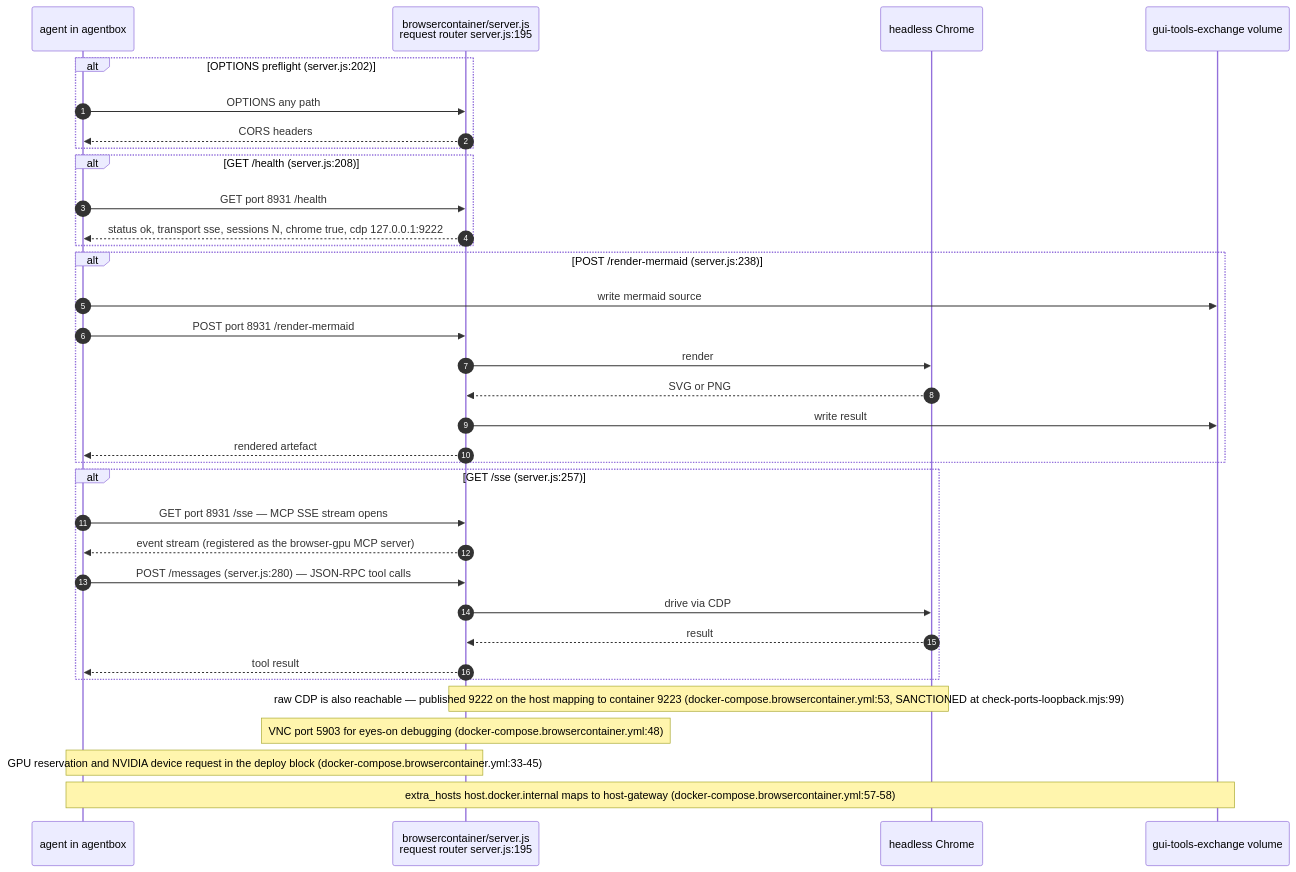
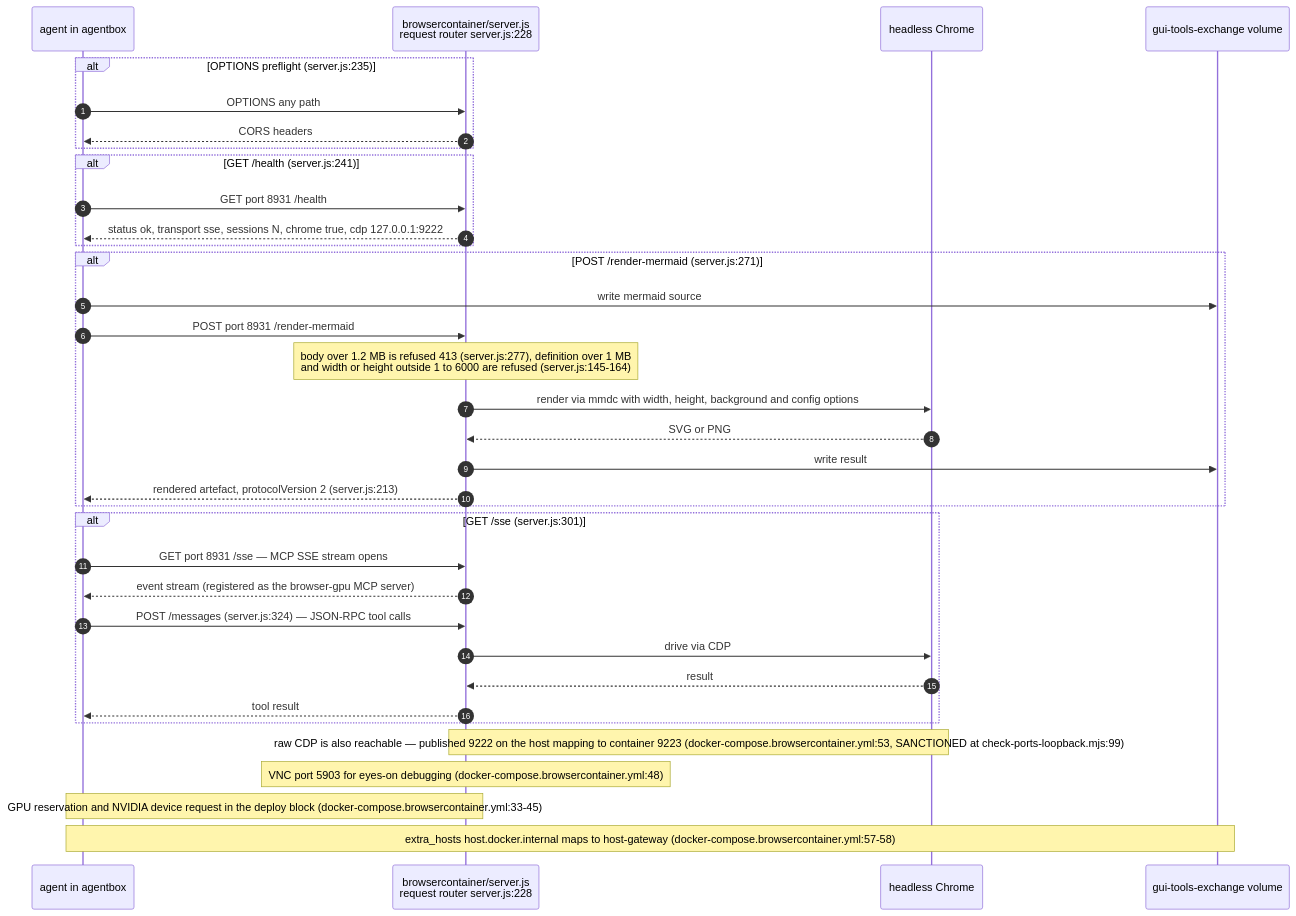
Before and after one commit to DreamLab-AI/VisionFlow: the fourth of 14 diagrams in docs/diagrams/agentbox/06-sidecars-and-compose-overlays.md, drawn with Mermaid. The commit also changed other lines of this file and 160 other files, not shown here.

````diff
--- a/docs/diagrams/agentbox/06-sidecars-and-compose-overlays.md
+++ b/docs/diagrams/agentbox/06-sidecars-and-compose-overlays.md
@@ -126,37 +129,38 @@
 ```mermaid
 sequenceDiagram
     autonumber
     participant A as agent in agentbox
-    participant S as browsercontainer/server.js<br/>request router server.js:195
+    participant S as browsercontainer/server.js<br/>request router server.js:228
     participant CH as headless Chrome
     participant V as gui-tools-exchange volume
 
-    alt OPTIONS preflight (server.js:202)
+    alt OPTIONS preflight (server.js:235)
         A->>S: OPTIONS any path
         S-->>A: CORS headers
     end
-    alt GET /health (server.js:208)
+    alt GET /health (server.js:241)
         A->>S: GET port 8931 /health
         S-->>A: status ok, transport sse, sessions N, chrome true, cdp 127.0.0.1:9222
     end
-    alt POST /render-mermaid (server.js:238)
+    alt POST /render-mermaid (server.js:271)
         A->>V: write mermaid source
         A->>S: POST port 8931 /render-mermaid
-        S->>CH: render
+        Note over S: body over 1.2 MB is refused 413 (server.js:277), definition over 1 MB<br/>and width or height outside 1 to 6000 are refused (server.js:145-164)
+        S->>CH: render via mmdc with width, height, background and config options
         CH-->>S: SVG or PNG
         S->>V: write result
-        S-->>A: rendered artefact
+        S-->>A: rendered artefact, protocolVersion 2 (server.js:213)
     end
-    alt GET /sse (server.js:257)
+    alt GET /sse (server.js:301)
         A->>S: GET port 8931 /sse — MCP SSE stream opens
         S-->>A: event stream (registered as the browser-gpu MCP server)
-        A->>S: POST /messages (server.js:280) — JSON-RPC tool calls
+        A->>S: POST /messages (server.js:324) — JSON-RPC tool calls
         S->>CH: drive via CDP
         CH-->>S: result
         S-->>A: tool result
     end
     Note over S,CH: raw CDP is also reachable — published 9222 on the host mapping to container 9223 (docker-compose.browsercontainer.yml:53, SANCTIONED at check-ports-loopback.mjs:99)
     Note over S: VNC port 5903 for eyes-on debugging (docker-compose.browsercontainer.yml:48)
     Note over A,S: GPU reservation and NVIDIA device request in the deploy block (docker-compose.browsercontainer.yml:33-45)
     Note over A,V: extra_hosts host.docker.internal maps to host-gateway (docker-compose.browsercontainer.yml:57-58)
 ```
````
